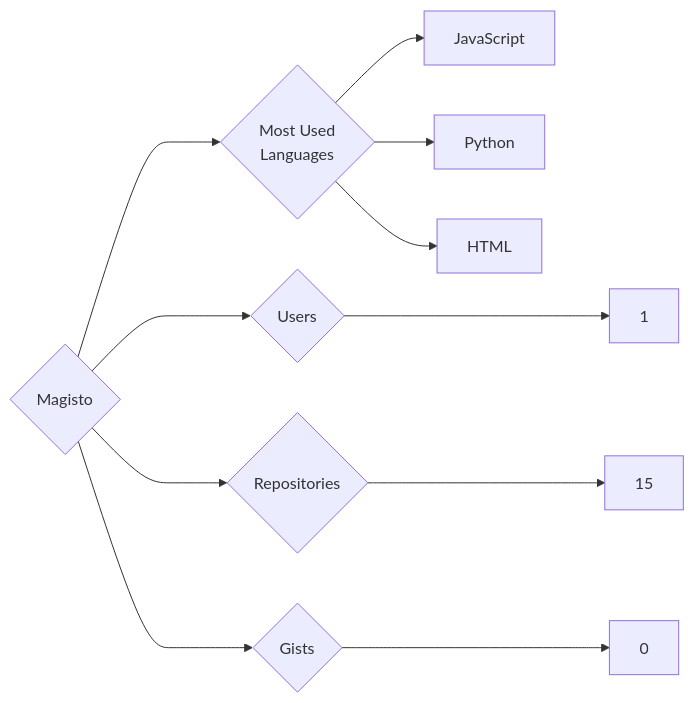
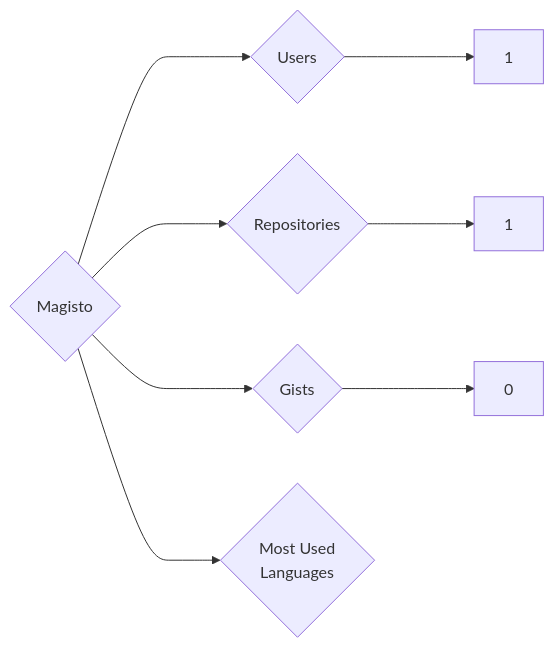
Before and after one commit to trickest/insiders: the diagram in targets/Magisto/README.md, drawn with Mermaid. The commit also changed 695 other files, not shown here.

````diff
--- a/targets/Magisto/README.md
+++ b/targets/Magisto/README.md
@@ -3,11 +3,8 @@
 ```mermaid
 graph LR
 COMPANY_NAME{Magisto}
 COMPANY_NAME ---> U{Users} ---> UN[1]
-COMPANY_NAME ---> R{Repositories} ---> RN[15]
+COMPANY_NAME ---> R{Repositories} ---> RN[1]
 COMPANY_NAME ---> G{Gists} ---> GN[0]
 COMPANY_NAME ---> ML{Most Used<br>Languages}
-ML --> JavaScript[JavaScript]
-ML --> Python[Python]
-ML --> HTML[HTML]
 ```
````
